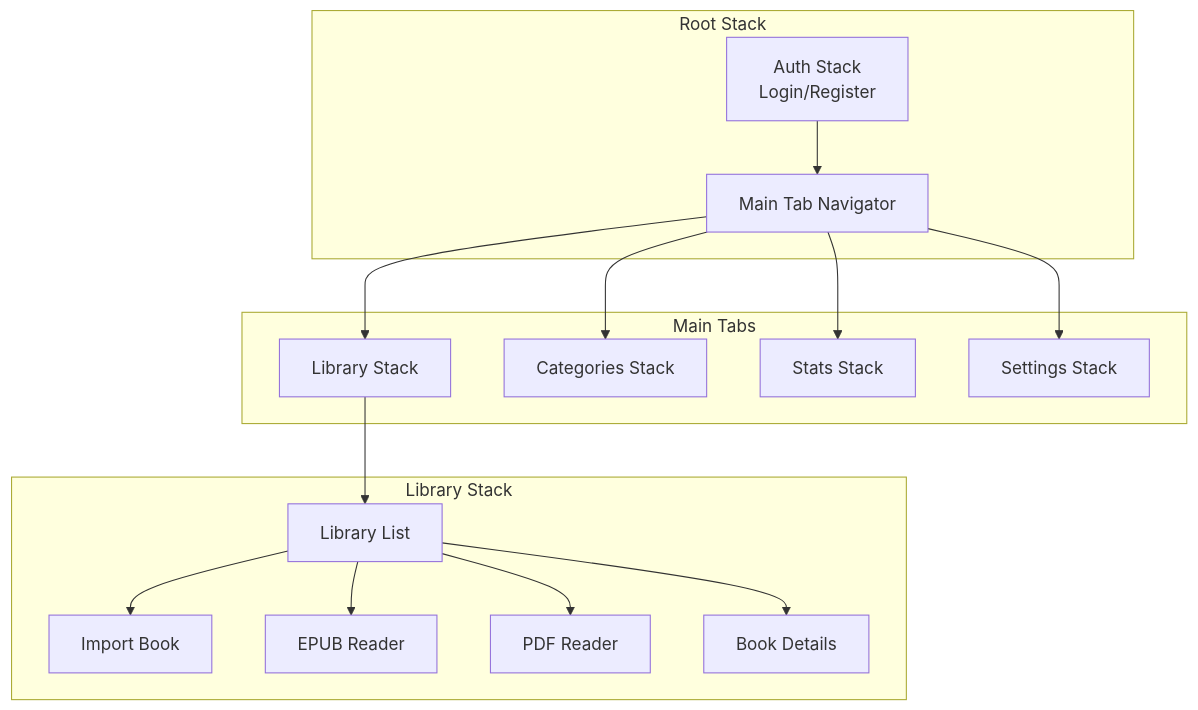
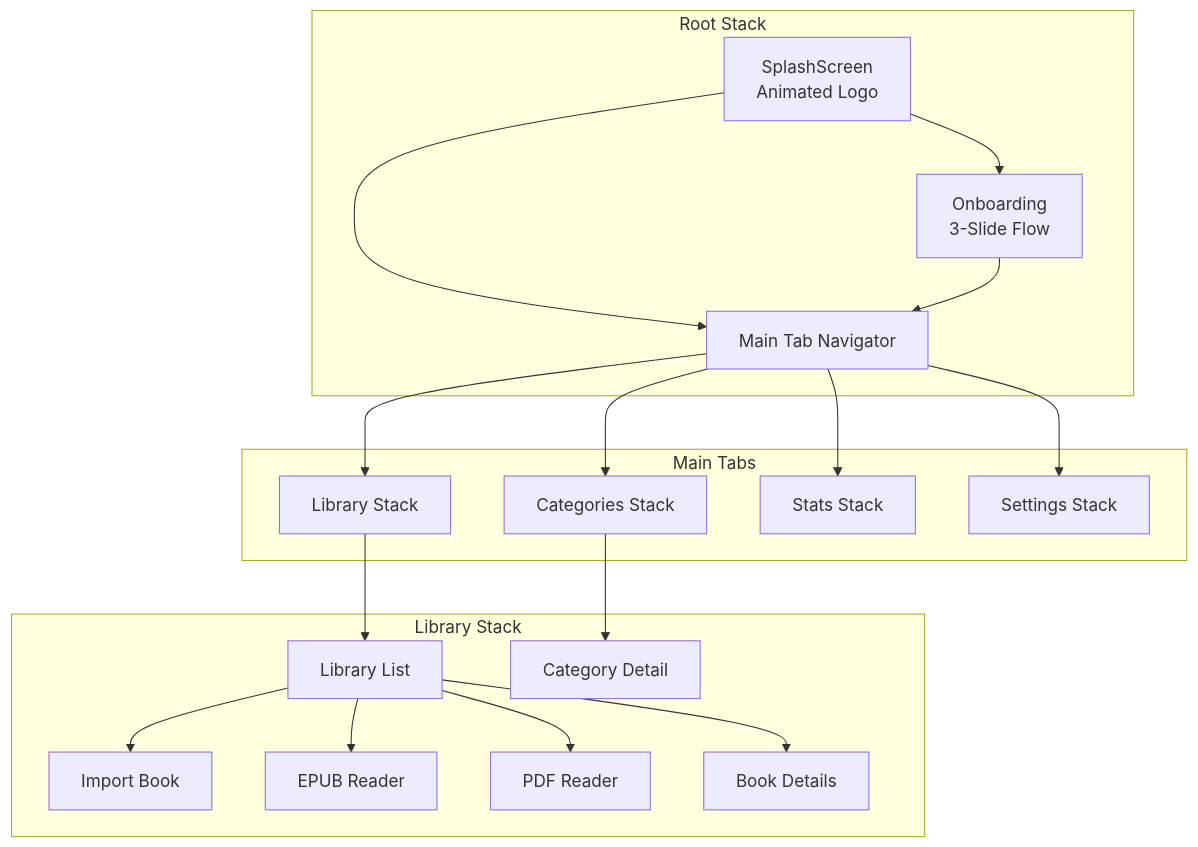
One commit to fadlanzunima/epub-app changed the sixth of 7 diagrams in plans/SYSTEM_DIAGRAM.md. Above: the diagram before and after it, drawn with Mermaid. The commit also changed other lines of this file and 1 other file, not shown here.

Commit message:
docs: update plan documents with onboarding implementation and checklists

````diff
--- a/plans/SYSTEM_DIAGRAM.md
+++ b/plans/SYSTEM_DIAGRAM.md
@@ -159,33 +190,38 @@
 ```mermaid
 flowchart TB
     subgraph "Root Stack"
-        AUTH[Auth Stack<br/>Login/Register]
+        SPLASH[SplashScreen<br/>Animated Logo]
+        ONBOARD[Onboarding<br/>3-Slide Flow]
         MAIN[Main Tab Navigator]
     end
 
     subgraph "Main Tabs"
         LIBRARY[Library Stack]
         CATEGORIES[Categories Stack]
         STATS[Stats Stack]
         SETTINGS[Settings Stack]
     end
 
     subgraph "Library Stack"
         LIB_LIST[Library List]
         IMPORT[Import Book]
         READER_E[EPUB Reader]
         READER_P[PDF Reader]
         BOOK_DETAIL[Book Details]
+        CAT_DETAIL[Category Detail]
     end
 
-    AUTH --> MAIN
+    SPLASH --> ONBOARD
+    SPLASH --> MAIN
+    ONBOARD --> MAIN
     MAIN --> LIBRARY
     MAIN --> CATEGORIES
     MAIN --> STATS
     MAIN --> SETTINGS
     LIBRARY --> LIB_LIST
     LIB_LIST --> IMPORT
     LIB_LIST --> BOOK_DETAIL
     LIB_LIST --> READER_E
     LIB_LIST --> READER_P
+    CATEGORIES --> CAT_DETAIL
 ```
````
